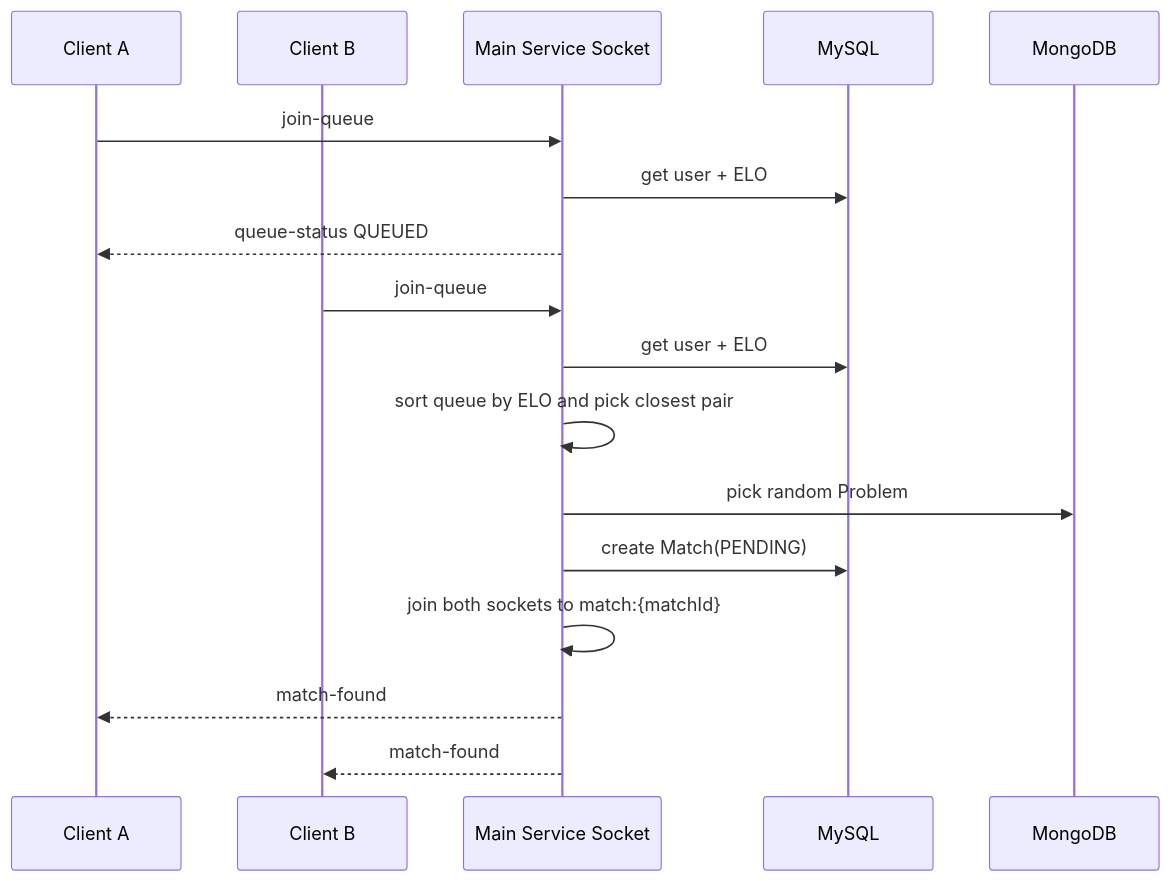
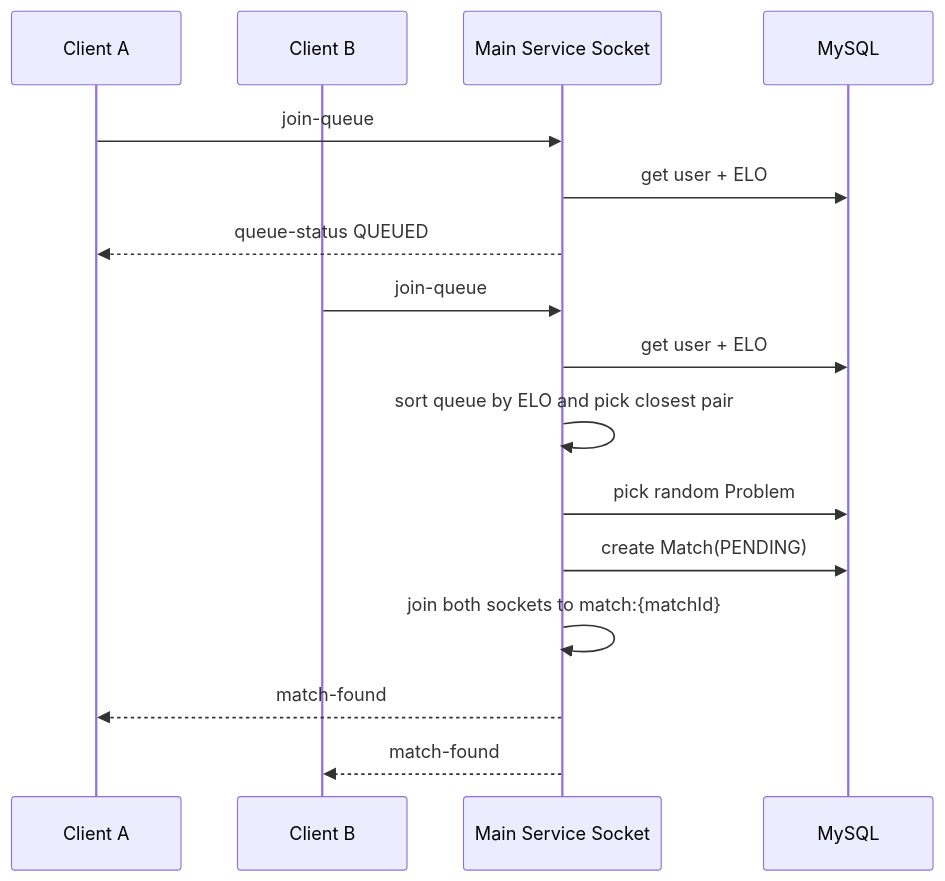
The first of 2 diagrams in docs/realtime-and-matchmaking.md (JamesHarrision/fessior-oj-backend), drawn with Mermaid before and after one commit. The commit also changed other lines of this file and 15 other files, not shown here.

Commit message:
docs: document simplified mysql architecture

````diff
--- a/docs/realtime-and-matchmaking.md
+++ b/docs/realtime-and-matchmaking.md
@@ -73,21 +73,20 @@
 ```mermaid
 sequenceDiagram
   participant C1 as Client A
   participant C2 as Client B
   participant Socket as Main Service Socket
   participant MySQL as MySQL
-  participant Mongo as MongoDB
 
   C1->>Socket: join-queue
   Socket->>MySQL: get user + ELO
   Socket-->>C1: queue-status QUEUED
 
   C2->>Socket: join-queue
   Socket->>MySQL: get user + ELO
   Socket->>Socket: sort queue by ELO and pick closest pair
-  Socket->>Mongo: pick random Problem
+  Socket->>MySQL: pick random Problem
   Socket->>MySQL: create Match(PENDING)
   Socket->>Socket: join both sockets to match:{matchId}
   Socket-->>C1: match-found
   Socket-->>C2: match-found
 ```
````
